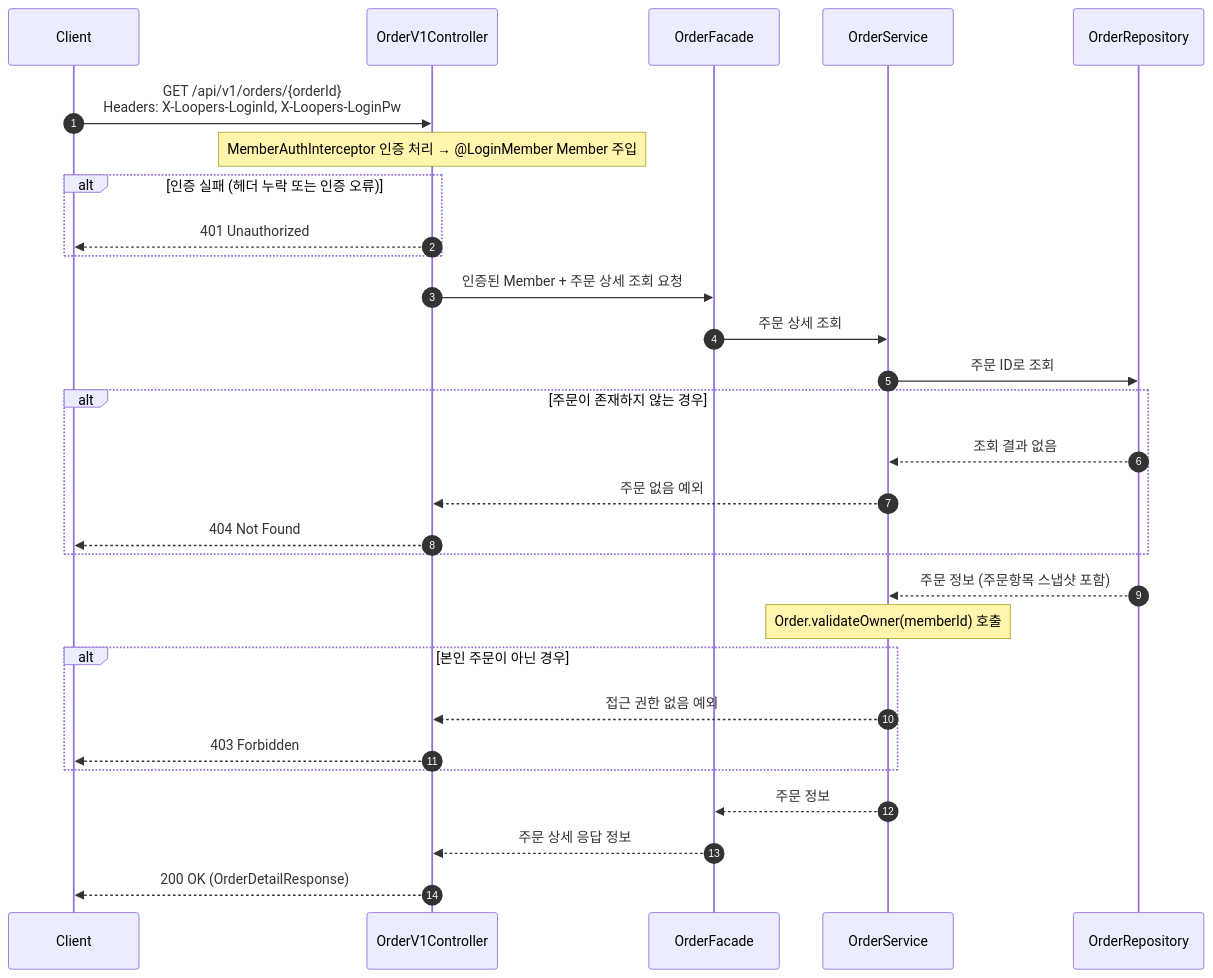
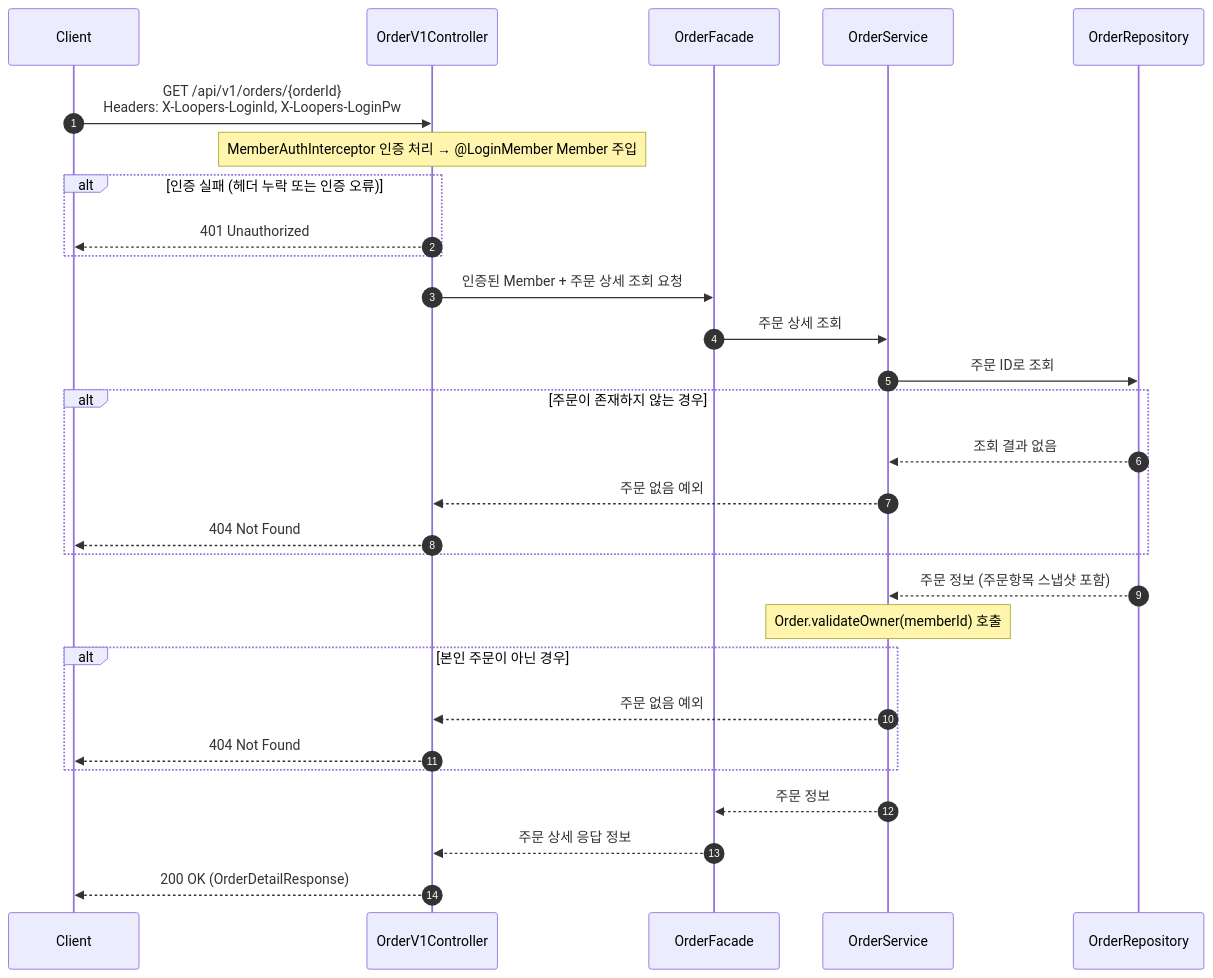
Before and after one commit to jsj1215/loop-pack-be-l2-vol3-java: the tenth of 27 diagrams in docs/design/02-sequence-diagrams.md, drawn with Mermaid. The commit also changed other lines of this file and 1 other file, not shown here.

````diff
--- a/docs/design/02-sequence-diagrams.md
+++ b/docs/design/02-sequence-diagrams.md
@@ -539,38 +539,38 @@
 ```mermaid
 sequenceDiagram
     autonumber
     participant Client
     participant Controller as OrderV1Controller
     participant Facade as OrderFacade
     participant OrderService as OrderService
     participant OrderRepository as OrderRepository
 
     Client->>Controller: GET /api/v1/orders/{orderId}<br/>Headers: X-Loopers-LoginId, X-Loopers-LoginPw
 
     Note over Controller: MemberAuthInterceptor 인증 처리 → @LoginMember Member 주입
     alt 인증 실패 (헤더 누락 또는 인증 오류)
         Controller-->>Client: 401 Unauthorized
     end
 
     Controller->>Facade: 인증된 Member + 주문 상세 조회 요청
     Facade->>OrderService: 주문 상세 조회
     OrderService->>OrderRepository: 주문 ID로 조회
 
     alt 주문이 존재하지 않는 경우
         OrderRepository-->>OrderService: 조회 결과 없음
         OrderService-->>Controller: 주문 없음 예외
         Controller-->>Client: 404 Not Found
     end
 
     OrderRepository-->>OrderService: 주문 정보 (주문항목 스냅샷 포함)
 
     Note over OrderService: Order.validateOwner(memberId) 호출
     alt 본인 주문이 아닌 경우
-        OrderService-->>Controller: 접근 권한 없음 예외
-        Controller-->>Client: 403 Forbidden
+        OrderService-->>Controller: 주문 없음 예외
+        Controller-->>Client: 404 Not Found
     end
 
     OrderService-->>Facade: 주문 정보
     Facade-->>Controller: 주문 상세 응답 정보
     Controller-->>Client: 200 OK (OrderDetailResponse)
 ```
````
